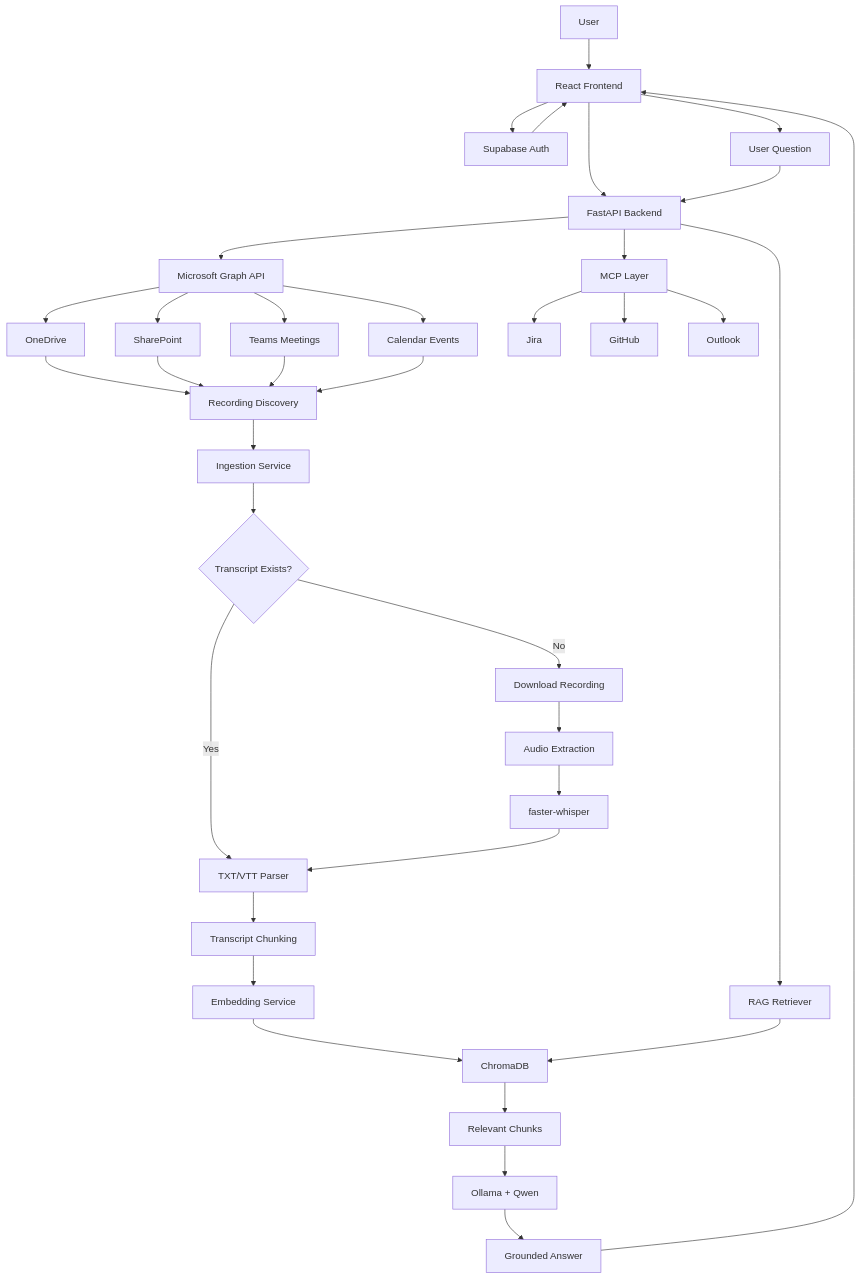
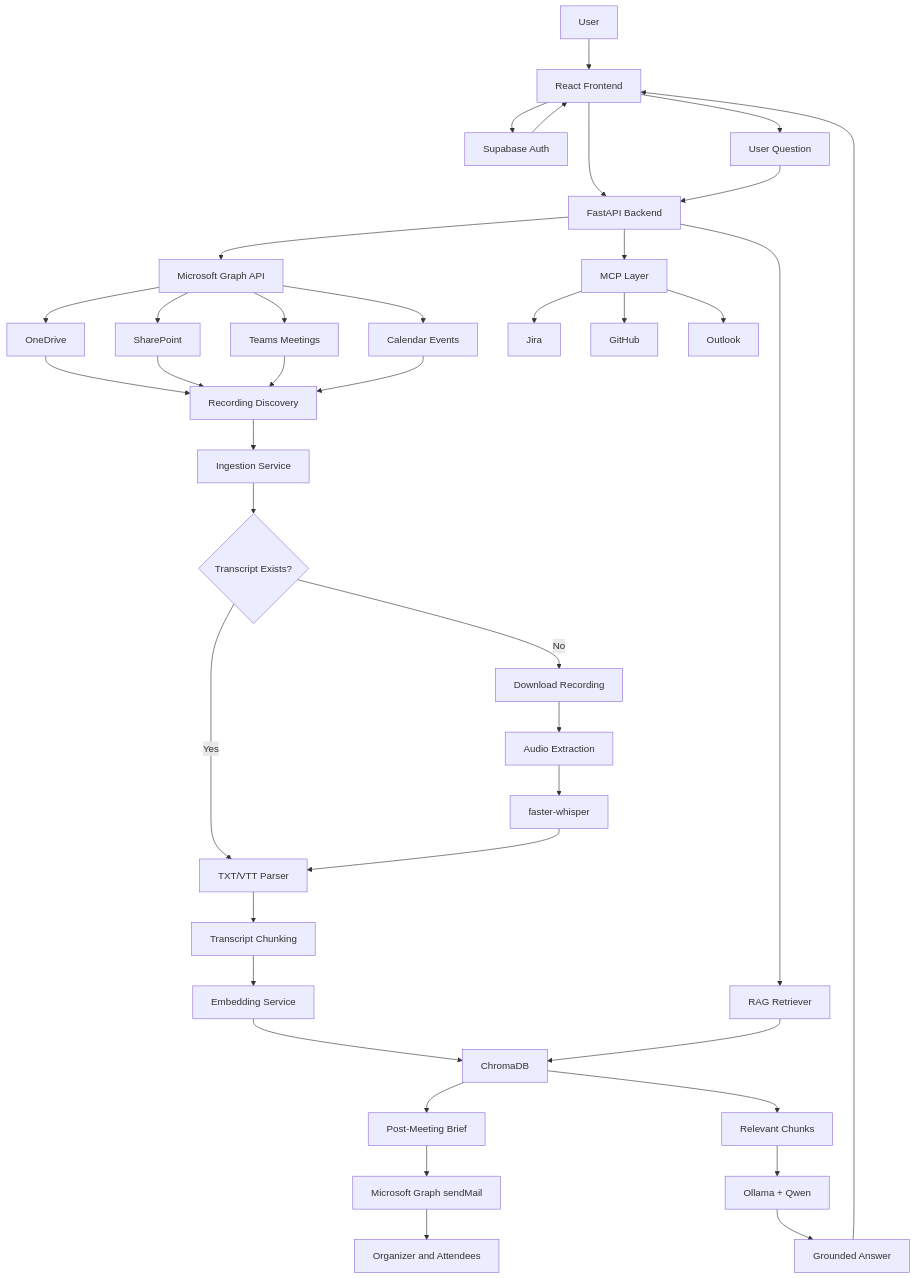
The diagram in README.md (rohitt1205/MeetVault-AI), drawn with Mermaid before and after one commit. The commit also changed other lines of this file and 24 other files, not shown here.

Commit message:
Add manual meeting preparation and post-meeting briefs

````diff
--- a/README.md
+++ b/README.md
@@ -69,46 +70,49 @@
 ```mermaid
 flowchart TB
     User["User"] --> Frontend["React Frontend"]
     Frontend --> Supabase["Supabase Auth"]
     Supabase --> Frontend
 
     Frontend --> Backend["FastAPI Backend"]
     Backend --> Graph["Microsoft Graph API"]
 
     Graph --> OneDrive["OneDrive"]
     Graph --> SharePoint["SharePoint"]
     Graph --> Teams["Teams Meetings"]
     Graph --> Calendar["Calendar Events"]
 
     OneDrive --> Discovery["Recording Discovery"]
     SharePoint --> Discovery
     Teams --> Discovery
     Calendar --> Discovery
 
     Discovery --> Ingestion["Ingestion Service"]
     Ingestion --> TranscriptCheck{"Transcript Exists?"}
 
     TranscriptCheck -->|Yes| Parser["TXT/VTT Parser"]
     TranscriptCheck -->|No| Download["Download Recording"]
     Download --> Audio["Audio Extraction"]
     Audio --> Whisper["faster-whisper"]
     Whisper --> Parser
 
     Parser --> Chunker["Transcript Chunking"]
     Chunker --> Embeddings["Embedding Service"]
     Embeddings --> Chroma["ChromaDB"]
+    Chroma --> Brief["Post-Meeting Brief"]
+    Brief --> Mail["Microsoft Graph sendMail"]
+    Mail --> Attendees["Organizer and Attendees"]
 
     Frontend --> Query["User Question"]
     Query --> Backend
     Backend --> Retriever["RAG Retriever"]
     Retriever --> Chroma
     Chroma --> Context["Relevant Chunks"]
     Context --> Ollama["Ollama + Qwen"]
     Ollama --> Answer["Grounded Answer"]
     Answer --> Frontend
 
     Backend --> MCP["MCP Layer"]
     MCP --> Jira["Jira"]
     MCP --> GitHub["GitHub"]
     MCP --> Outlook["Outlook"]
 ```
````
